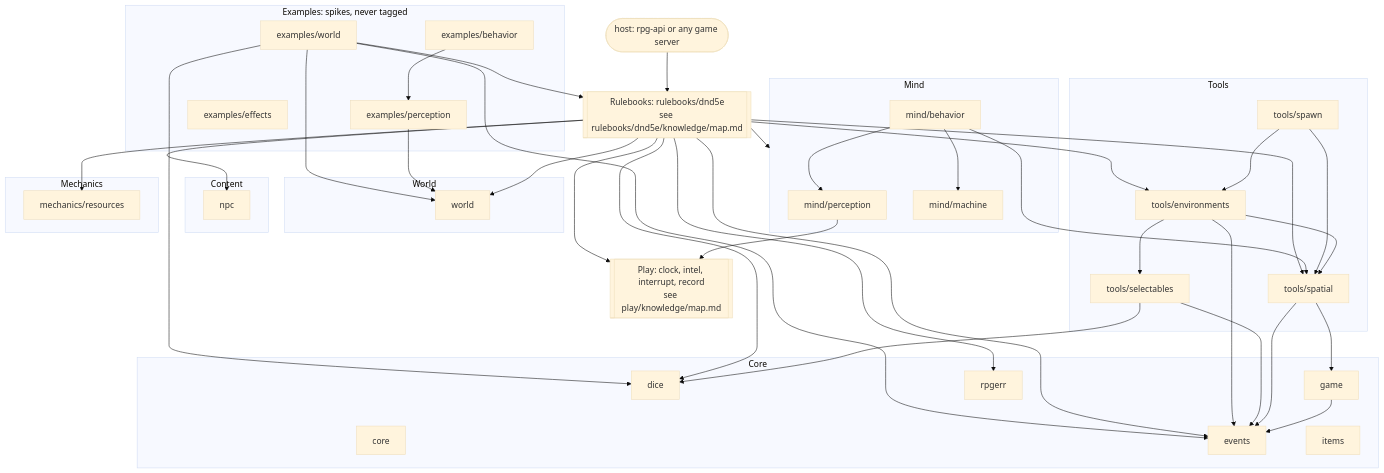
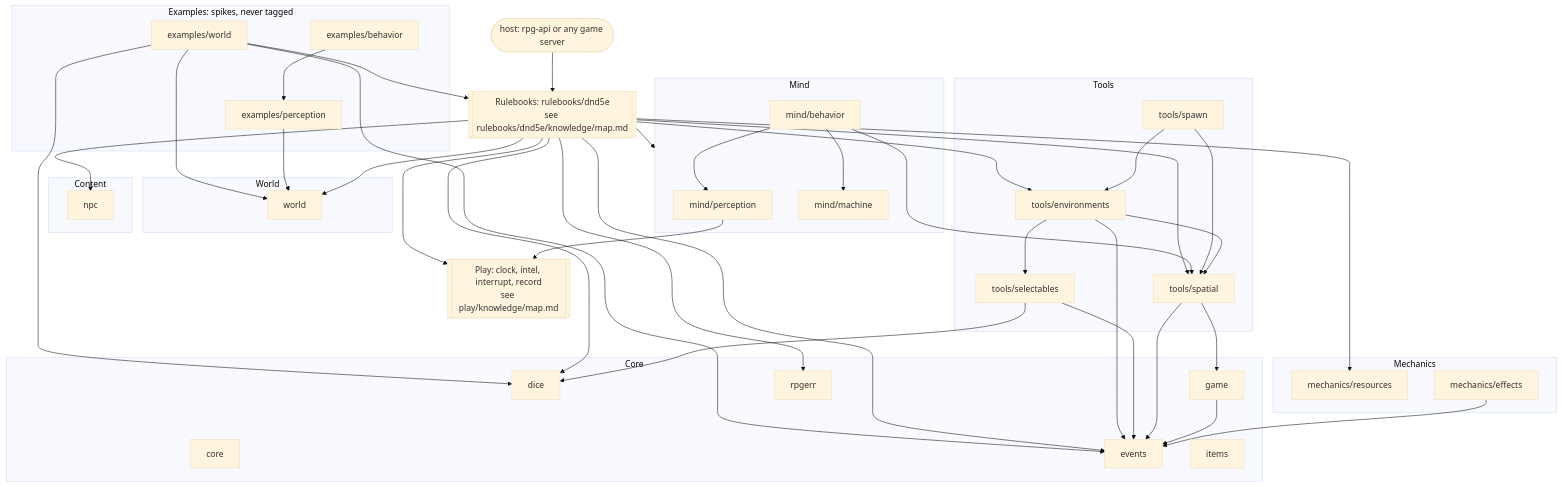
One commit to KirkDiggler/rpg-toolkit changed the diagram in knowledge/map.md. Above: the diagram before and after it, drawn with Mermaid (base theme). The commit also changed other lines of this file and 39 other files, not shown here.

First line of the commit message:
feat(effects): extract the generic composer into mechanics

````diff
--- a/knowledge/map.md
+++ b/knowledge/map.md
@@ -11,62 +11,63 @@
 ```mermaid
 flowchart TD
   HOST(["host: rpg-api or any game server"])
 
   subgraph EXAMPLES["Examples: spikes, never tagged"]
     EXW["examples/world"]
     EXP["examples/perception"]
     EXB["examples/behavior"]
-    EXE["examples/effects"]
   end
 
   RB[["Rulebooks: rulebooks/dnd5e<br/>see rulebooks/dnd5e/knowledge/map.md"]]
 
   subgraph MIND["Mind"]
     PERC["mind/perception"]
     BEH["mind/behavior"]
     MACH["mind/machine"]
   end
 
   PLAY[["Play: clock, intel, interrupt, record<br/>see play/knowledge/map.md"]]
 
   subgraph WORLDL["World"]
     WORLD["world"]
   end
 
   subgraph CONTENT["Content"]
     NPC["npc"]
   end
 
   subgraph TOOLS["Tools"]
     SPATIAL["tools/spatial"]
     ENV["tools/environments"]
     SEL["tools/selectables"]
     SPAWN["tools/spawn"]
   end
 
   subgraph MECH["Mechanics"]
     RES["mechanics/resources"]
+    EFF["mechanics/effects"]
   end
 
   subgraph CORE["Core"]
     C["core"]
     EV["events"]
     DICE["dice"]
     GAME["game"]
     ERR["rpgerr"]
     ITEMS["items"]
   end
 
   HOST --> RB
   EXW --> RB & WORLD & DICE & EV
   EXP --> WORLD
   EXB --> EXP
   RB --> MIND & PLAY & WORLD & NPC & SPATIAL & ENV & RES & EV & DICE & ERR
   BEH --> MACH & PERC & SPATIAL
   PERC --> PLAY
   SPAWN --> ENV & SPATIAL
   ENV --> SEL & SPATIAL & EV
   SEL --> DICE & EV
   SPATIAL --> GAME & EV
   GAME --> EV
+  EFF --> EV
 ```
````
